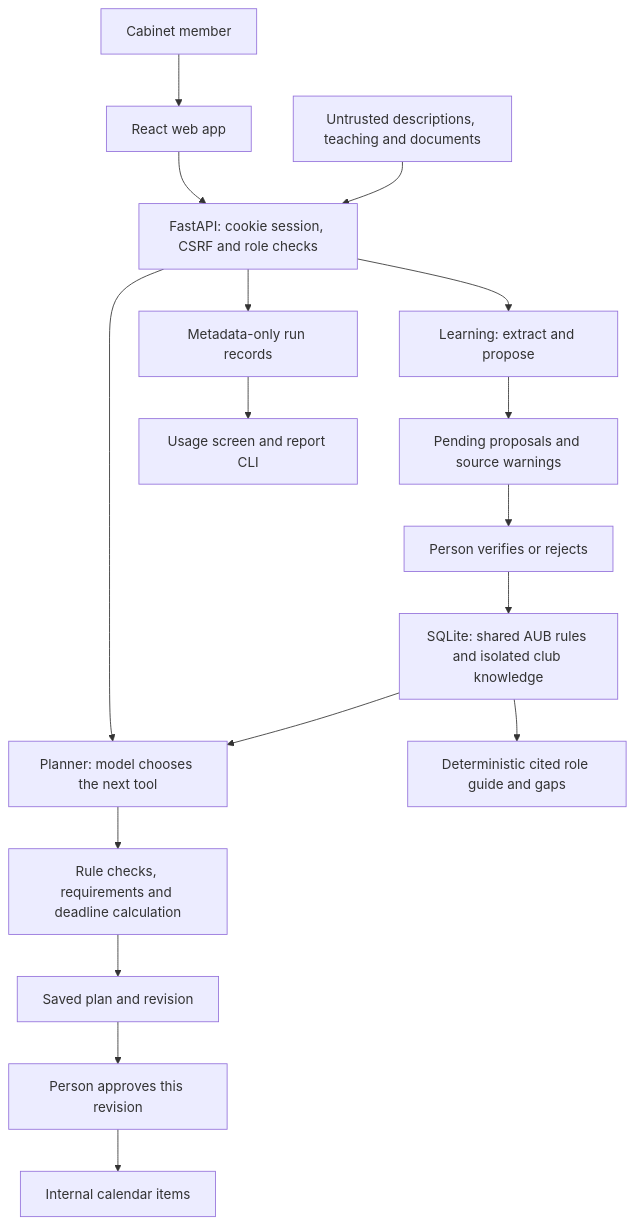
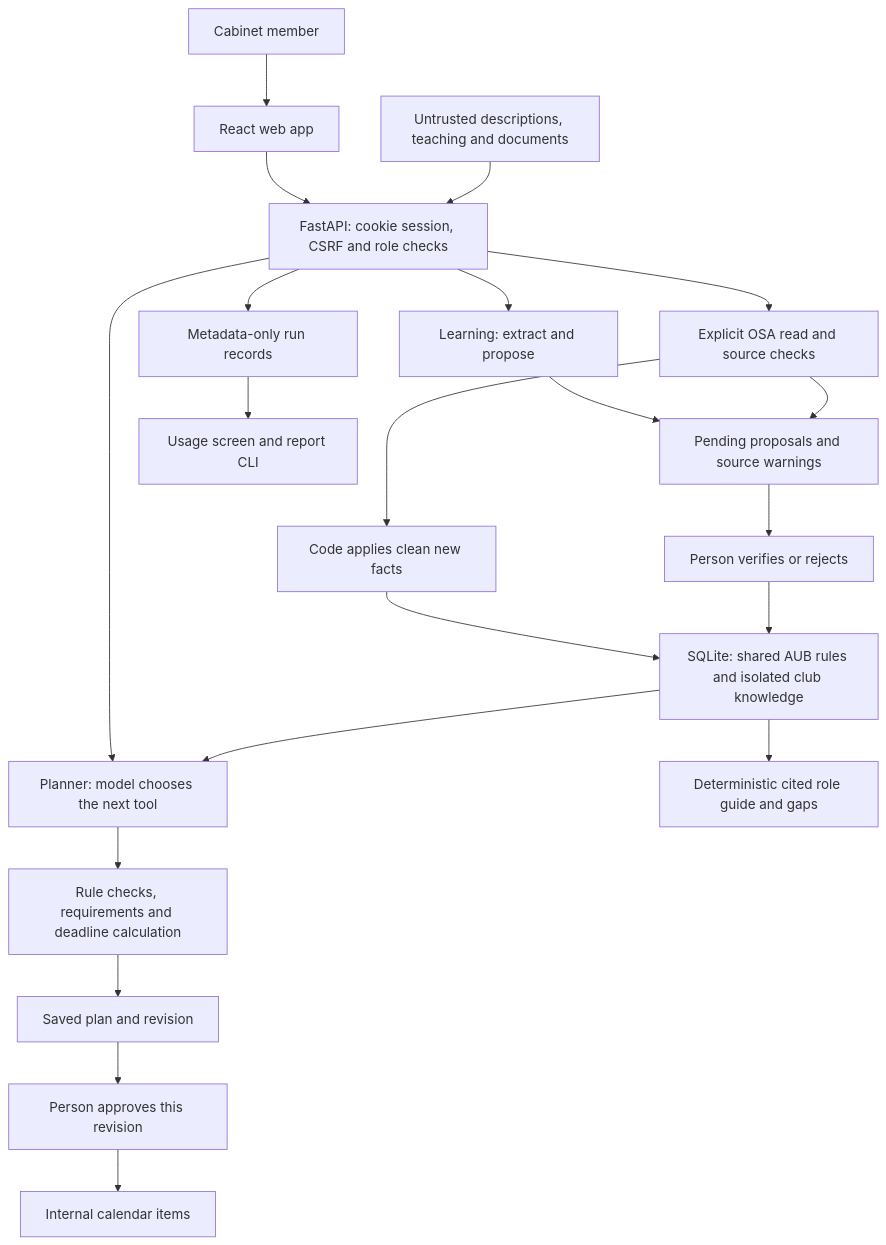
The diagram in docs/architecture.md (Nohra2005/ClubOps), drawn with Mermaid before and after one commit. The commit also changed other lines of this file and 1 other file, not shown here.

Commit message:
docs(C-29): update architecture and guided handover integration status

````diff
--- a/docs/architecture.md
+++ b/docs/architecture.md
@@ -7,19 +7,23 @@
 ```mermaid
 flowchart TB
   cabinet[Cabinet member] --> web[React web app]
   web --> api[FastAPI: cookie session, CSRF and role checks]
   inputs[Untrusted descriptions, teaching and documents] --> api
   api --> planner[Planner: model chooses the next tool]
   api --> learner[Learning: extract and propose]
   learner --> review[Pending proposals and source warnings]
+  api --> mail[Explicit OSA read and source checks]
+  mail --> fresh[Code applies clean new facts]
+  fresh --> memory
+  mail --> review
   review --> human[Person verifies or rejects]
   human --> memory[SQLite: shared AUB rules and isolated club knowledge]
   memory --> planner
   planner --> checks[Rule checks, requirements and deadline calculation]
   checks --> plan[Saved plan and revision]
   plan --> approval[Person approves this revision]
   approval --> calendar[Internal calendar items]
   memory --> handover[Deterministic cited role guide and gaps]
   api --> records[Metadata-only run records]
   records --> reports[Usage screen and report CLI]
 ```
````
